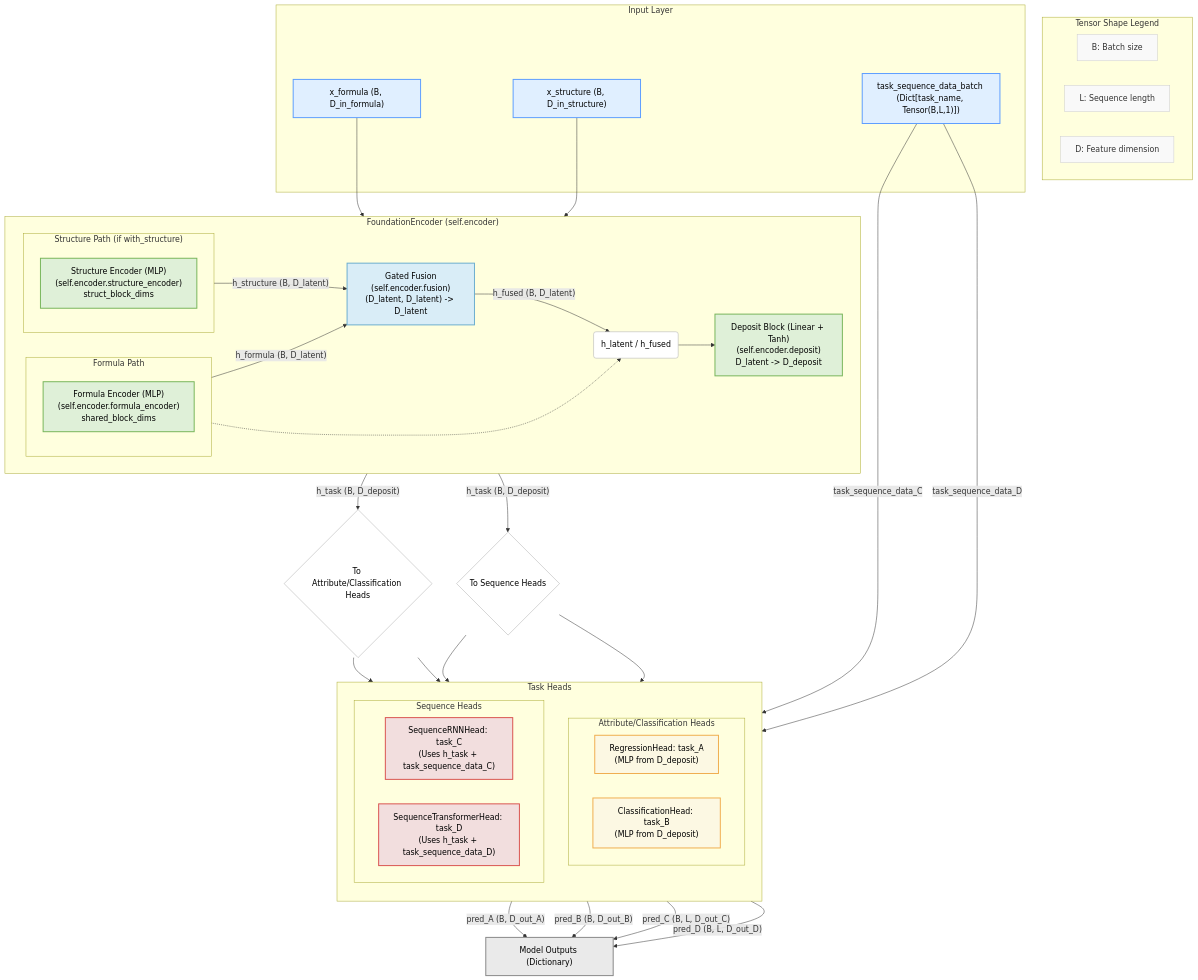
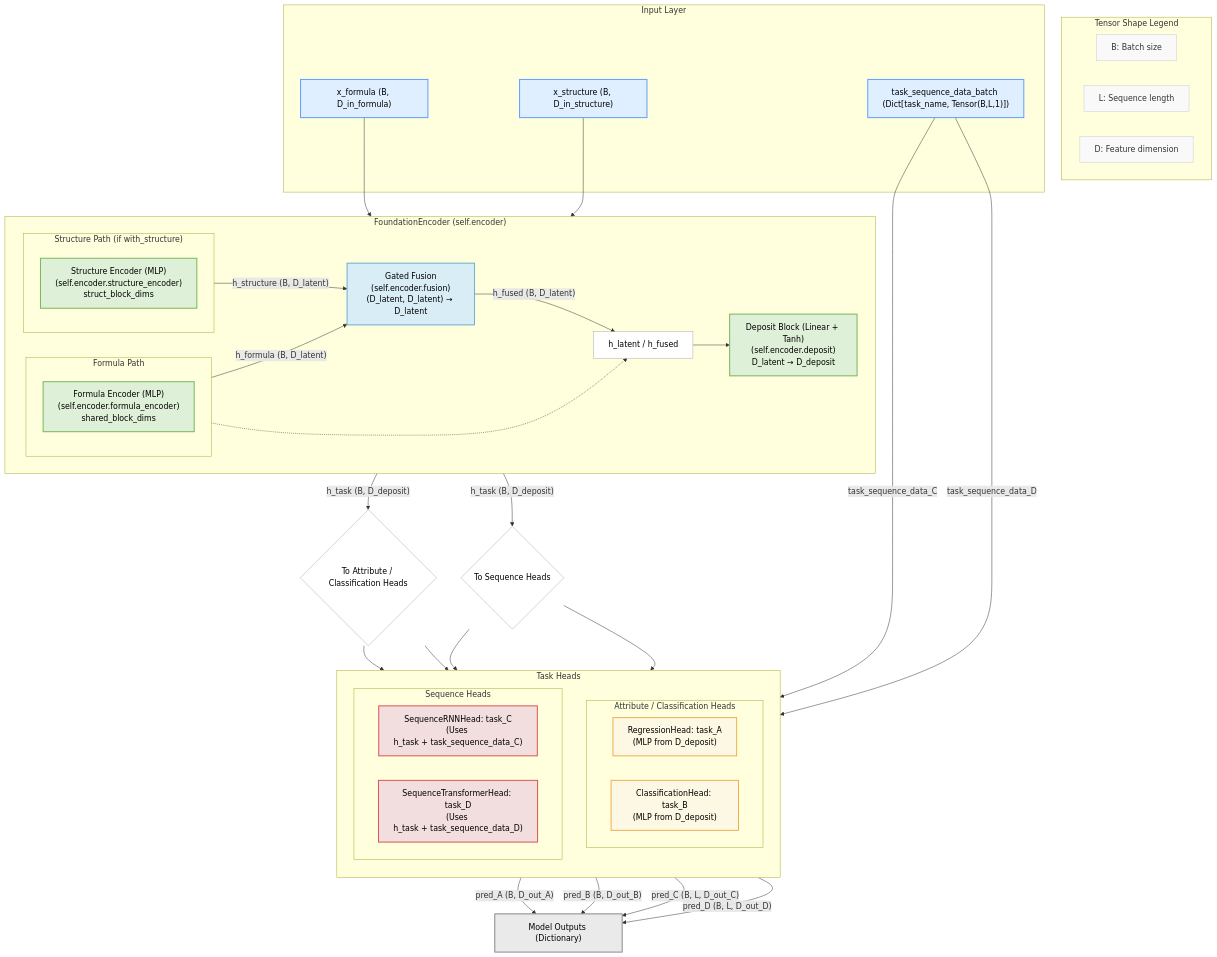
One commit to TsumiNa/foundation_model changed the first of 2 diagrams in ARCHITECTURE.md. Above: the diagram before and after it, drawn with Mermaid. The commit also changed other lines of this file, not shown here.

````diff
--- a/ARCHITECTURE.md
+++ b/ARCHITECTURE.md
@@ -9,5 +9,6 @@
 ```mermaid
 graph TD
+    %% ---------------- Legend ----------------
     subgraph Legend["Tensor Shape Legend"]
         direction LR
         Legend_B["B: Batch size"]
@@ -15,50 +16,61 @@
         Legend_D["D: Feature dimension"]
     end
 
+    %% ---------------- Inputs ----------------
     subgraph InputLayer["Input Layer"]
         X_formula["x_formula (B, D_in_formula)"]
         X_structure["x_structure (B, D_in_structure)"]
-        Task_Sequence_Data_Batch["task_sequence_data_batch (Dict[task_name, Tensor(B,L,1)])"]
+        Task_Sequence_Data_Batch["task_sequence_data_batch (Dict[task_name,&nbsp;Tensor(B,L,1)])"]
     end
 
+    %% -------- Foundation Encoder --------
     subgraph FoundationEncoderModule["FoundationEncoder (self.encoder)"]
         direction LR
+
+        %% Formula path
         subgraph FormulaPath["Formula Path"]
             direction TB
             F_Encoder["Formula Encoder (MLP)<br/>(self.encoder.formula_encoder)<br/>shared_block_dims"]
         end
+
+        %% Structure path
         subgraph StructurePath["Structure Path (if with_structure)"]
             direction TB
             S_Encoder["Structure Encoder (MLP)<br/>(self.encoder.structure_encoder)<br/>struct_block_dims"]
         end
         
-        Fusion["Gated Fusion<br/>(self.encoder.fusion)<br/>(D_latent, D_latent) -> D_latent"]
-        DepositBlock["Deposit Block (Linear + Tanh)<br/>(self.encoder.deposit)<br/>D_latent -> D_deposit"]
+        Fusion["Gated Fusion<br/>(self.encoder.fusion)<br/>(D_latent, D_latent) → D_latent"]
+        DepositBlock["Deposit Block (Linear + Tanh)<br/>(self.encoder.deposit)<br/>D_latent → D_deposit"]
         
         X_formula --> F_Encoder
         X_structure --> S_Encoder
-        F_Encoder --"h_formula (B, D_latent)"--> Fusion
-        S_Encoder --"h_structure (B, D_latent)"--> Fusion
-        F_Encoder -.-> H_Latent_Output_Point("h_latent / h_fused")
-        Fusion      --"h_fused (B, D_latent)"--> H_Latent_Output_Point
+        F_Encoder -- "h_formula (B, D_latent)" --> Fusion
+        S_Encoder -- "h_structure (B, D_latent)" --> Fusion
+        F_Encoder -.-> H_Latent_Output_Point["h_latent / h_fused"]
+        Fusion      -- "h_fused (B, D_latent)" --> H_Latent_Output_Point
         H_Latent_Output_Point --> DepositBlock
     end
 
-    DepositBlock --"h_task (B, D_deposit)"--> AttrTaskHeadsJunction{"To Attribute/Classification Heads"}
-    DepositBlock --"h_task (B, D_deposit)"--> SeqTaskHeadsJunction{"To Sequence Heads"}
+    %% Junctions to heads
+    DepositBlock -- "h_task (B, D_deposit)" --> AttrTaskHeadsJunction{"To Attribute / Classification Heads"}
+    DepositBlock -- "h_task (B, D_deposit)" --> SeqTaskHeadsJunction{"To Sequence Heads"}
 
-
+    %% ---------------- Task Heads ----------------
     subgraph TaskHeadsModule["Task Heads"]
         direction TB
-        subgraph AttrClassHeads["Attribute/Classification Heads"]
+
+        %% Attribute / Classification
+        subgraph AttrClassHeads["Attribute / Classification Heads"]
             direction LR
             RegHead["RegressionHead: task_A<br/>(MLP from D_deposit)"]
             ClassHead["ClassificationHead: task_B<br/>(MLP from D_deposit)"]
         end
+
+        %% Sequence heads
         subgraph SeqHeads["Sequence Heads"]
             direction LR
-            SeqHeadRNN["SequenceRNNHead: task_C<br/>(Uses h_task + task_sequence_data_C)"]
-            SeqHeadTransformer["SequenceTransformerHead: task_D<br/>(Uses h_task + task_sequence_data_D)"]
+            SeqHeadRNN["SequenceRNNHead: task_C<br/>(Uses h_task&nbsp;+&nbsp;task_sequence_data_C)"]
+            SeqHeadTransformer["SequenceTransformerHead: task_D<br/>(Uses h_task&nbsp;+&nbsp;task_sequence_data_D)"]
         end
     end
     
@@ -66,32 +78,35 @@
     AttrTaskHeadsJunction --> ClassHead
     
     SeqTaskHeadsJunction --> SeqHeadRNN
-    Task_Sequence_Data_Batch --"task_sequence_data_C"--> SeqHeadRNN
+    Task_Sequence_Data_Batch -- "task_sequence_data_C" --> SeqHeadRNN
     SeqTaskHeadsJunction --> SeqHeadTransformer
-    Task_Sequence_Data_Batch --"task_sequence_data_D"--> SeqHeadTransformer
+    Task_Sequence_Data_Batch -- "task_sequence_data_D" --> SeqHeadTransformer
 
-    RegHead --"pred_A (B, D_out_A)"--> OutputLayer["Model Outputs (Dictionary)"]
-    ClassHead --"pred_B (B, D_out_B)"--> OutputLayer
-    SeqHeadRNN --"pred_C (B, L, D_out_C)"--> OutputLayer
-    SeqHeadTransformer --"pred_D (B, L, D_out_D)"--> OutputLayer
+    %% ---------------- Outputs ----------------
+    RegHead -- "pred_A (B, D_out_A)" --> OutputLayer["Model Outputs (Dictionary)"]
+    ClassHead -- "pred_B (B, D_out_B)" --> OutputLayer
+    SeqHeadRNN -- "pred_C (B, L, D_out_C)" --> OutputLayer
+    SeqHeadTransformer -- "pred_D (B, L, D_out_D)" --> OutputLayer
 
-    classDef input fill:#E0EFFF,stroke:#5C9DFF,stroke-width:2px,color:#000000;
-    classDef foundation fill:#DFF0D8,stroke:#77B55A,stroke-width:2px,color:#000000;
-    classDef fusion fill:#D9EDF7,stroke:#6BADCF,stroke-width:2px,color:#000000;
-    classDef taskhead fill:#FCF8E3,stroke:#F0AD4E,stroke-width:2px,color:#000000;
-    classDef seqtaskhead fill:#F2DEDE,stroke:#D9534F,stroke-width:2px,color:#000000;
-    classDef output fill:#EAEAEA,stroke:#888888,stroke-width:2px,color:#000000;
-    classDef junction fill:#FFFFFF,stroke:#AAAAAA,stroke-width:1px,color:#000000,shape:circle;
-    classDef point fill:#FFFFFF,stroke:#AAAAAA,stroke-width:1px,color:#000000,shape:point;
+    %% ----------- Style definitions -----------
+    classDef input       fill:#E0EFFF,stroke:#5C9DFF,stroke-width:2px,color:#000;
+    classDef foundation  fill:#DFF0D8,stroke:#77B55A,stroke-width:2px,color:#000;
+    classDef fusion      fill:#D9EDF7,stroke:#6BADCF,stroke-width:2px,color:#000;
+    classDef taskhead    fill:#FCF8E3,stroke:#F0AD4E,stroke-width:2px,color:#000;
+    classDef seqtaskhead fill:#F2DEDE,stroke:#D9534F,stroke-width:2px,color:#000;
+    classDef output      fill:#EAEAEA,stroke:#888888,stroke-width:2px,color:#000;
+    classDef junction    fill:#FFFFFF,stroke:#AAAAAA,stroke-width:1px,color:#000,shape:circle;
+    classDef point       fill:#FFFFFF,stroke:#AAAAAA,stroke-width:1px,color:#000;
     classDef legend_style fill:#f9f9f9,stroke:#ccc,stroke-width:1px,color:#333;
 
-    class Legend_B,Legend_L,Legend_D legend_style;
-    class X_formula,X_structure,Task_Sequence_Data_Batch input;
-    class F_Encoder,S_Encoder,DepositBlock foundation;
-    class Fusion fusion;
-    class H_Latent_Output_Point point;
-    class AttrTaskHeadsJunction,SeqTaskHeadsJunction junction;
-    class RegHead,ClassHead taskhead;
-    class SeqHeadRNN,SeqHeadTransformer seqtaskhead;
-    class OutputLayer output;
+    %% ---------- Class assignments ----------
+    class Legend_B,Legend_L,Legend_D legend_style
+    class X_formula,X_structure,Task_Sequence_Data_Batch input
+    class F_Encoder,S_Encoder,DepositBlock foundation
+    class Fusion fusion
+    class H_Latent_Output_Point point
+    class AttrTaskHeadsJunction,SeqTaskHeadsJunction junction
+    class RegHead,ClassHead taskhead
+    class SeqHeadRNN,SeqHeadTransformer seqtaskhead
+    class OutputLayer output
 ```
````
